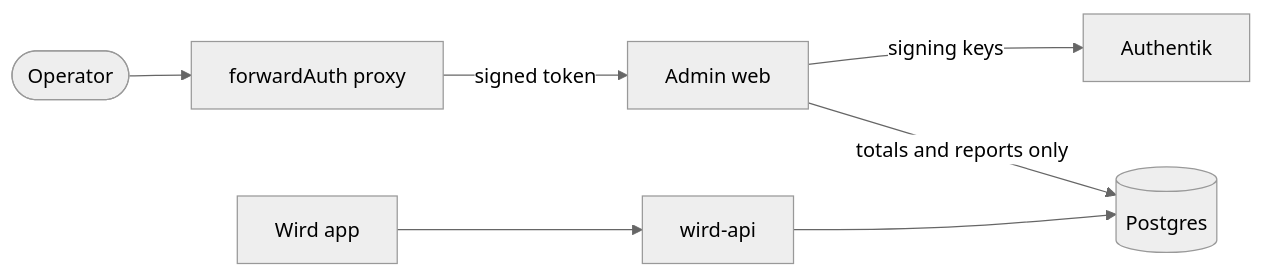
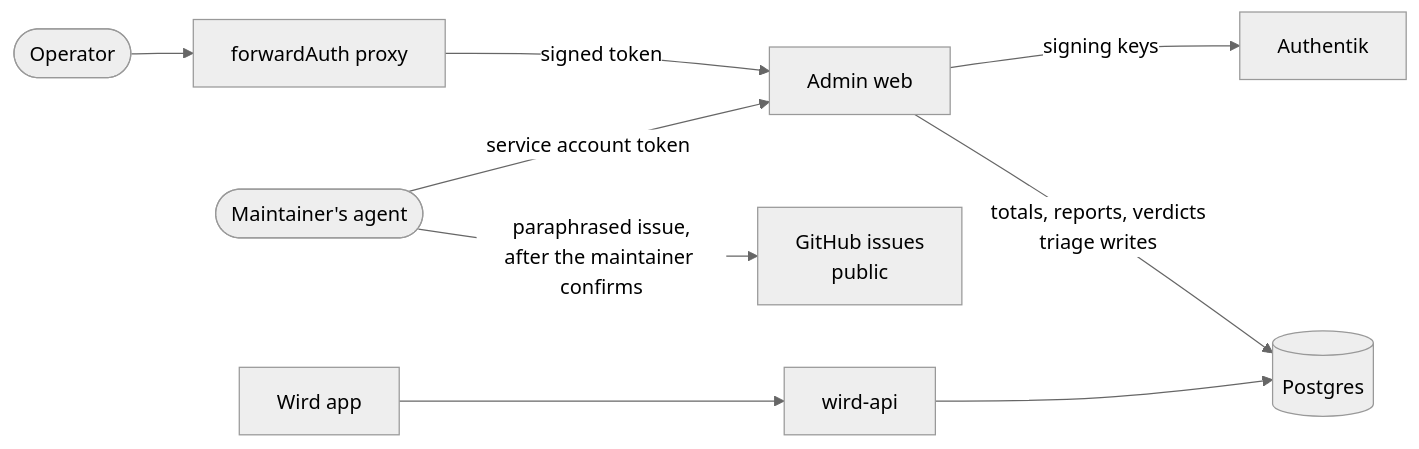
Before and after one commit to MohammadBnei/wird: the first of 2 diagrams in docs/architecture/adminweb.md, drawn with Mermaid (neutral theme). The commit also changed other lines of this file and 26 other files, not shown here.

````diff
--- a/docs/architecture/adminweb.md
+++ b/docs/architecture/adminweb.md
@@ -19,15 +20,19 @@
 ```mermaid
 flowchart LR
   op([Operator])
+  agent([Maintainer's agent])
   proxy["forwardAuth proxy"]
   admin["Admin web"]
   idp["Authentik"]
   pg[("Postgres")]
+  gh["GitHub issues<br/>public"]
   api["wird-api"]
   app["Wird app"]
 
   op --> proxy -->|"signed token"| admin
+  agent -->|"service account token"| admin
   admin -->|"signing keys"| idp
-  admin -->|"totals and reports only"| pg
+  admin -->|"totals, reports, verdicts<br/>triage writes"| pg
+  agent -->|"paraphrased issue,<br/>after the maintainer confirms"| gh
   app --> api --> pg
 ```
````
